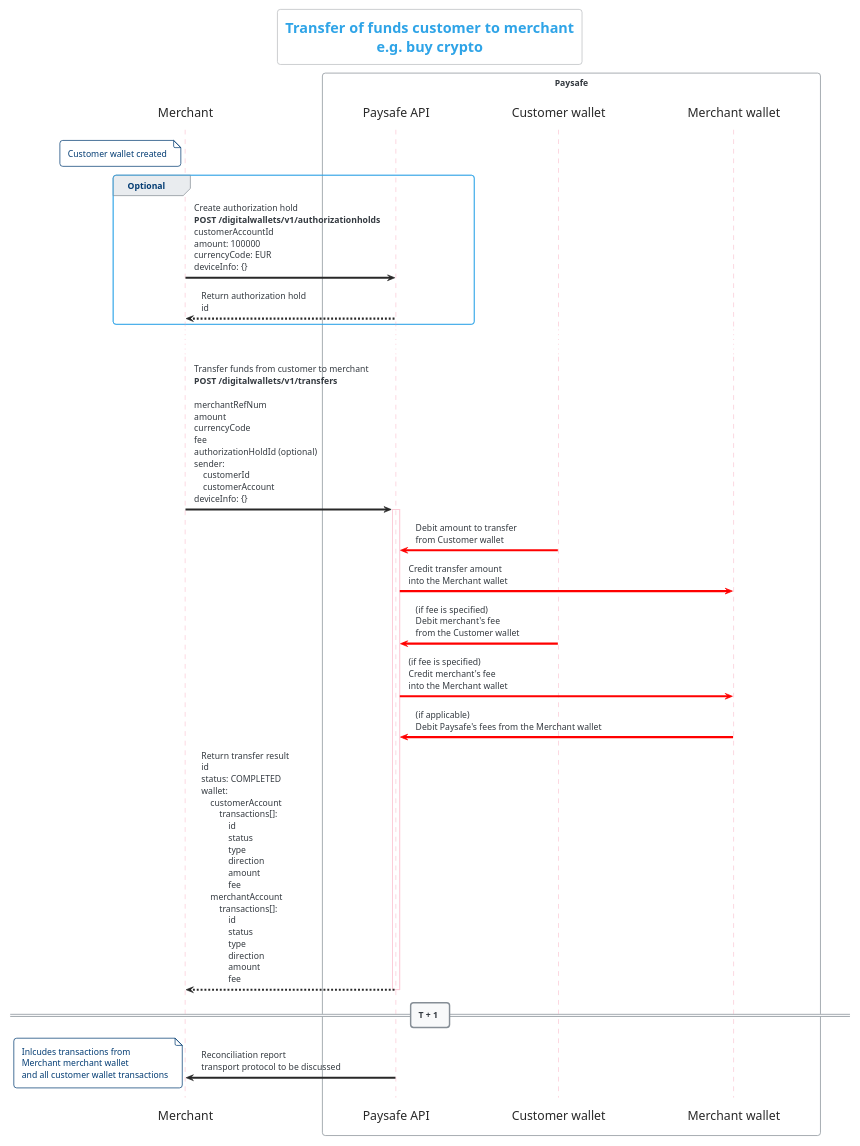
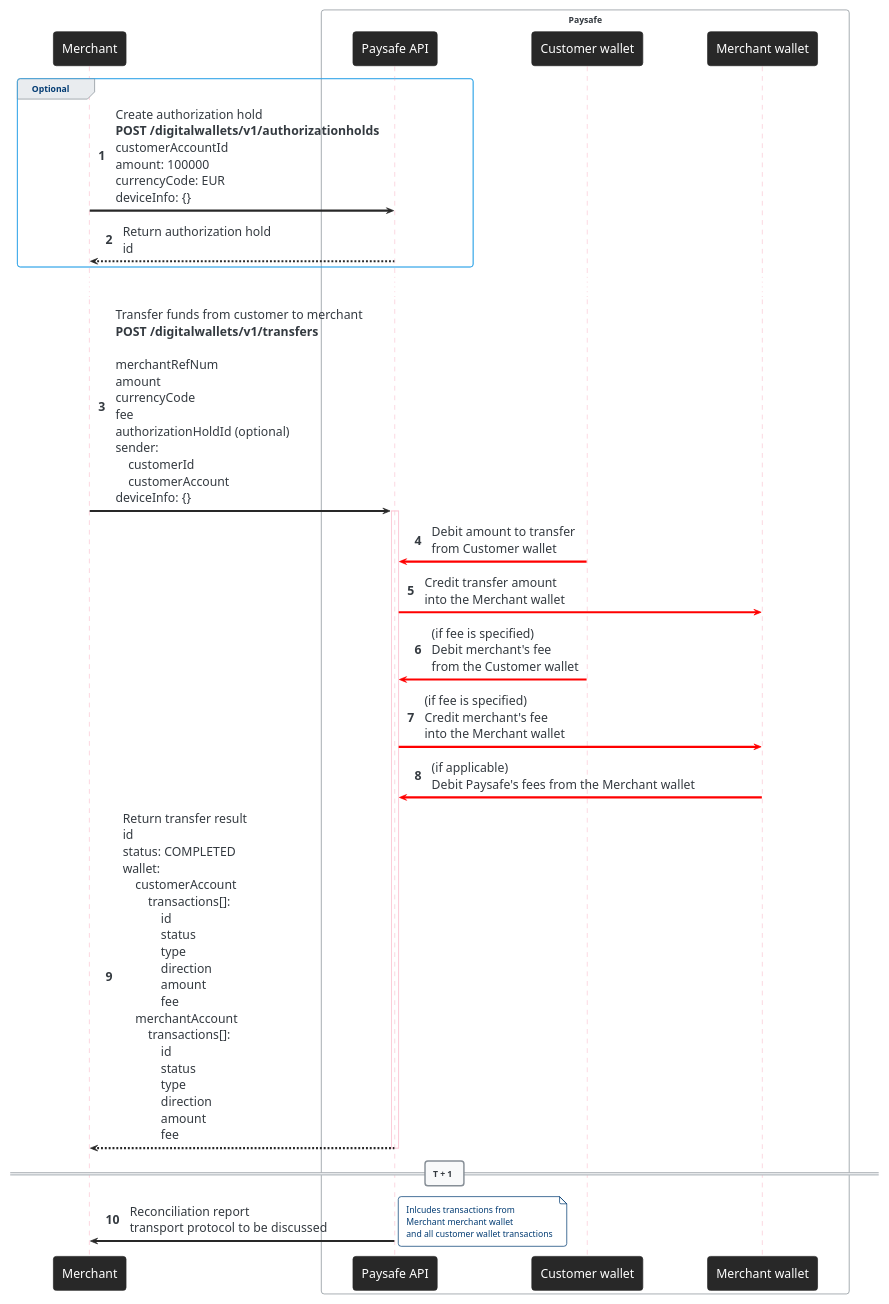
One commit to paysafegroup/WalletAPI changed the sixth of 8 diagrams in diagrams/diagrams.plantuml. Above: the diagram before and after it, drawn with PlantUML. The commit also changed other lines of this file and 14 other files, not shown here.

Commit message:
Diagrams are now SVG for improved readability

```diff
--- a/diagrams/diagrams.plantuml
+++ b/diagrams/diagrams.plantuml
@@ -272,50 +269,49 @@
 @startuml "6-Transfers-customer-to-merchant"
-    title "Transfer of funds customer to merchant\ne.g. buy crypto"
-
     !theme cerulean-outline
 
     skinparam dpi 72
     skinparam shadowing false
     skinparam backgroundColor #FFFFFF
     skinparam Sequence {
-        ParticipantBorderColor #FFFFFF
-        ParticipantBackgroundColor #FFFFFF
+        ParticipantBorderColor #282828
+        ParticipantBackgroundColor #282828
         ParticipantFontSize 17
-        ParticipantFontColor #282828
+        ParticipantFontColor #FFFFFF
         ArrowColor #282828
+        ArrowFontSize 17
         LifeLineBorderColor #FBC9D6
     }
 
     participant Merchant
     box "Paysafe"
         participant "Paysafe API" as PaysafeAPI
         participant "Customer wallet" as CW
         participant "Merchant wallet" as MW
     end box
 
-    note left of Merchant: Customer wallet created
+    autonumber
 
     group Optional
         Merchant -> PaysafeAPI: Create authorization hold\n**POST /digitalwallets/v1/authorizationholds**\ncustomerAccountId\namount: 100000\ncurrencyCode: EUR\ndeviceInfo: {}
         Merchant <-- PaysafeAPI: Return authorization hold\nid
     end group
 
     ...
 
     Merchant -> PaysafeAPI: Transfer funds from customer to merchant\n**POST /digitalwallets/v1/transfers**\n\nmerchantRefNum\namount\ncurrencyCode\nfee\nauthorizationHoldId (optional)\nsender:\n    customerId\n    customerAccount\ndeviceInfo: {}
         activate PaysafeAPI
 
         PaysafeAPI <-[#FF0000] CW: Debit amount to transfer\nfrom Customer wallet
         PaysafeAPI [#FF0000]-> MW: Credit transfer amount\ninto the Merchant wallet
         PaysafeAPI <-[#FF0000] CW: (if fee is specified)\nDebit merchant's fee\nfrom the Customer wallet
         PaysafeAPI [#FF0000]-> MW: (if fee is specified)\nCredit merchant's fee\ninto the Merchant wallet
         PaysafeAPI <-[#FF0000] MW: (if applicable)\nDebit Paysafe's fees from the Merchant wallet
 
         Merchant <-- PaysafeAPI: Return transfer result\nid\nstatus: COMPLETED\nwallet:\n    customerAccount\n        transactions[]:\n            id\n            status\n            type\n            direction\n            amount\n            fee            \n    merchantAccount\n        transactions[]:\n            id\n            status\n            type\n            direction\n            amount\n            fee
     deactivate PaysafeAPI
 
 	== T + 1 ==
 
  	PaysafeAPI -> Merchant: Reconciliation report\ntransport protocol to be discussed
-    note left: Inlcudes transactions from\nMerchant merchant wallet \nand all customer wallet transactions
+    note right: Inlcudes transactions from\nMerchant merchant wallet \nand all customer wallet transactions
 @enduml
```
